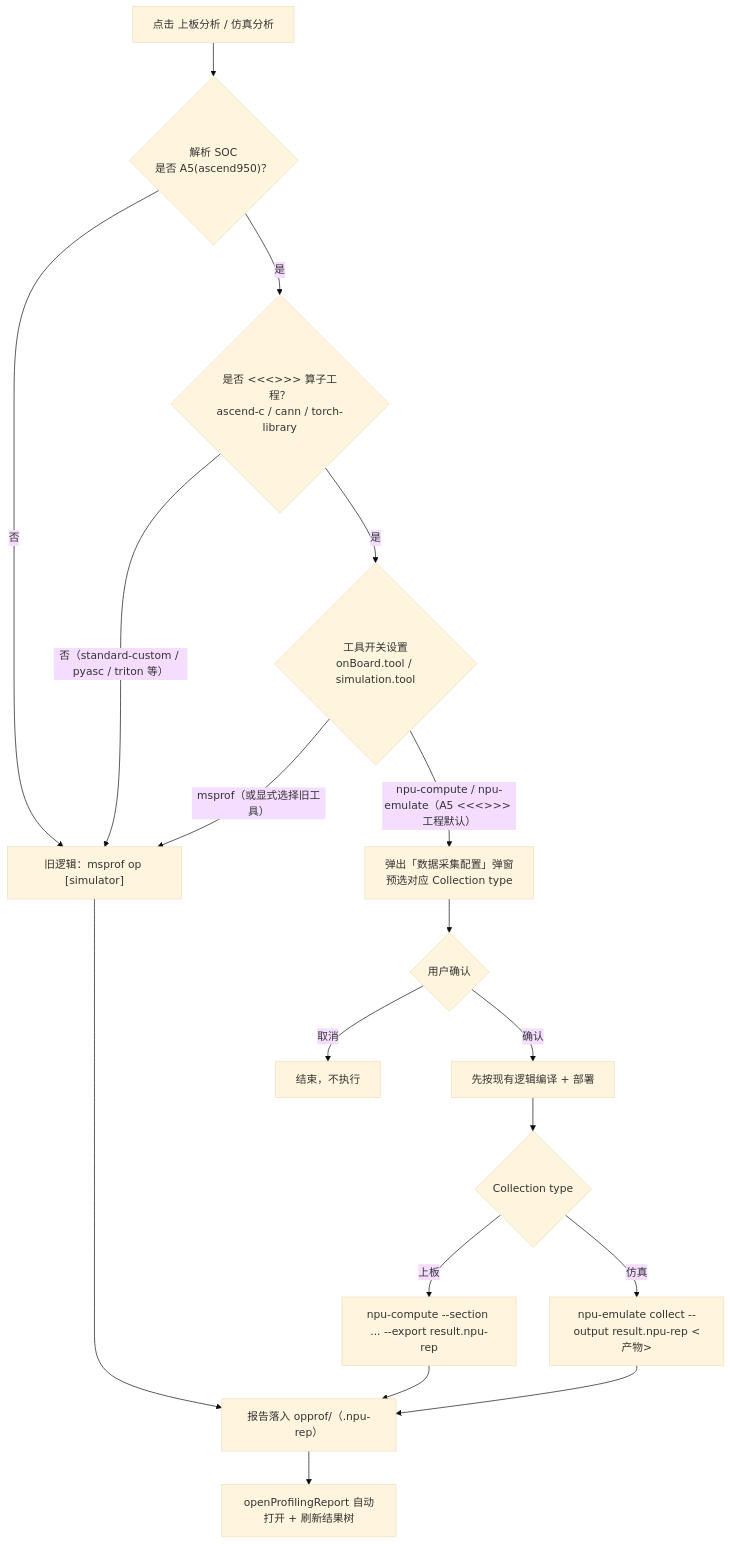
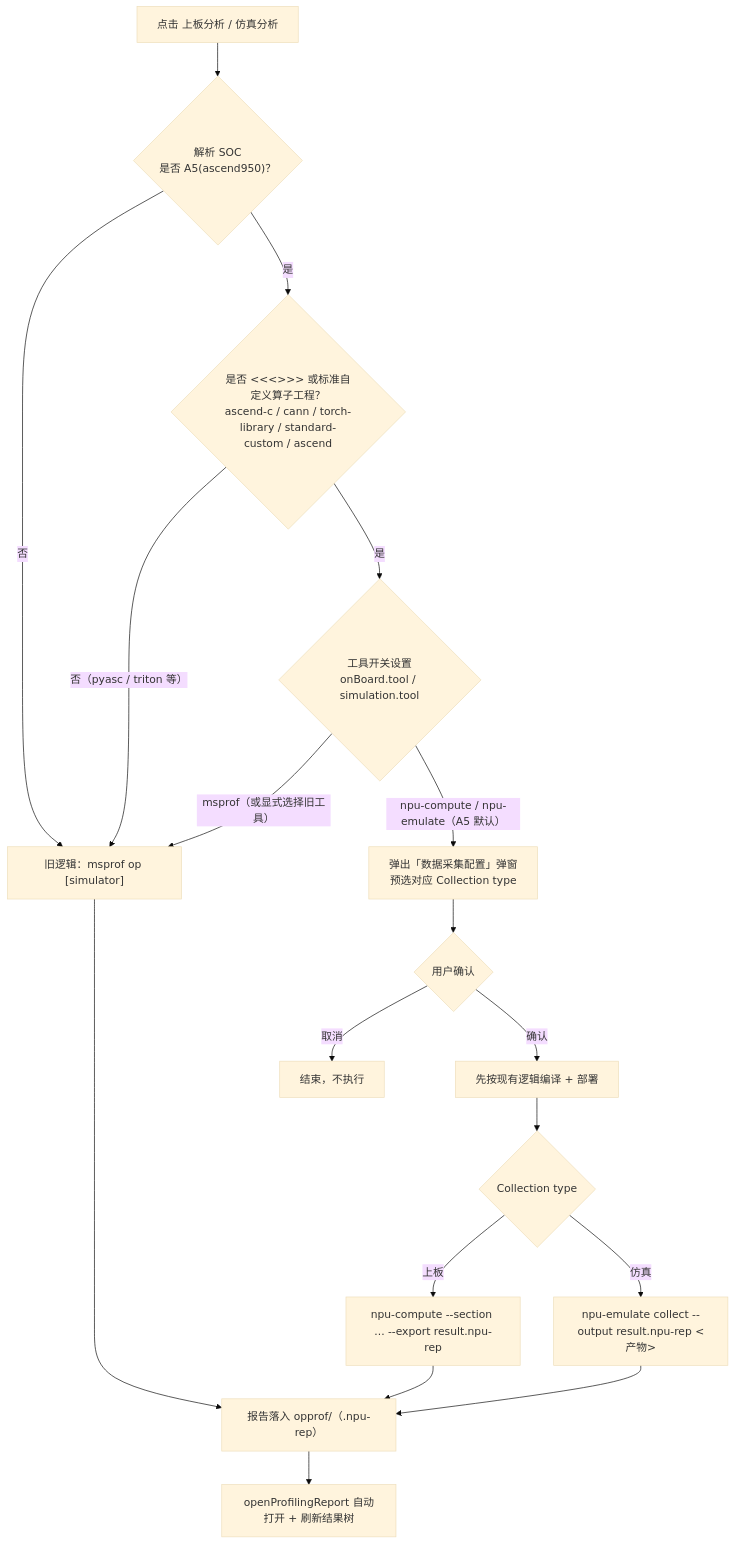
Before and after one commit to IdeFrontend/opdev_plugin: the fourth of 4 diagrams in docs/上板仿真交互说明.md, drawn with Mermaid (base theme). The commit also changed other lines of this file and 7 other files, not shown here.

````diff
--- a/docs/上板仿真交互说明.md
+++ b/docs/上板仿真交互说明.md
@@ -199,20 +199,20 @@
 ```mermaid
 flowchart TD
   Click["点击 上板分析 / 仿真分析"] --> IsA5{"解析 SOC<br/>是否 A5(ascend950)？"}
   IsA5 -->|否| Old["旧逻辑：msprof op [simulator]"]
-  IsA5 -->|是| IsAngle{"是否 <<<>>> 算子工程？<br/>ascend-c / cann / torch-library"}
-  IsAngle -->|否（standard-custom / pyasc / triton 等）| Old
-  IsAngle -->|是| ToolCfg{"工具开关设置<br/>onBoard.tool / simulation.tool"}
+  IsA5 -->|是| IsProj{"是否 <<<>>> 或标准自定义算子工程？<br/>ascend-c / cann / torch-library / standard-custom / ascend"}
+  IsProj -->|否（pyasc / triton 等）| Old
+  IsProj -->|是| ToolCfg{"工具开关设置<br/>onBoard.tool / simulation.tool"}
   ToolCfg -->|msprof（或显式选择旧工具）| Old
-  ToolCfg -->|npu-compute / npu-emulate（A5 <<<>>> 工程默认）| Dialog["弹出「数据采集配置」弹窗<br/>预选对应 Collection type"]
+  ToolCfg -->|npu-compute / npu-emulate（A5 默认）| Dialog["弹出「数据采集配置」弹窗<br/>预选对应 Collection type"]
   Dialog --> Confirm{"用户确认"}
   Confirm -->|取消| Stop["结束，不执行"]
   Confirm -->|确认| Compile["先按现有逻辑编译 + 部署"]
   Compile --> NewTool{"Collection type"}
   NewTool -->|上板| NC["npu-compute --section ... --export result.npu-rep"]
   NewTool -->|仿真| NS["npu-emulate collect --output result.npu-rep <产物>"]
   NC --> Report["报告落入 opprof/<runId>（.npu-rep）"]
   NS --> Report
   Old --> Report
   Report --> AutoOpen["openProfilingReport 自动打开 + 刷新结果树"]
 ```
````
